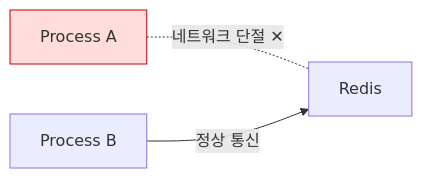
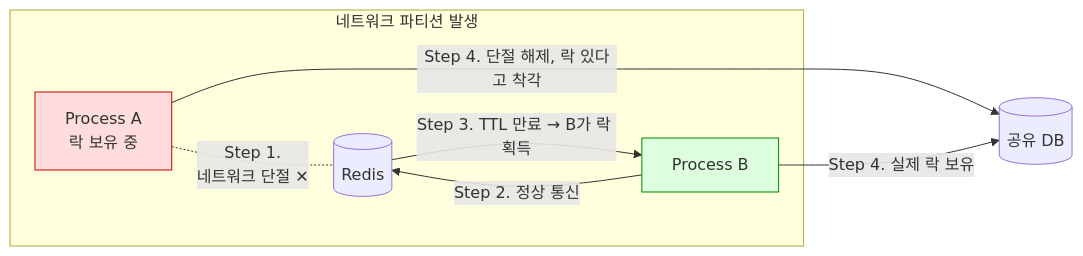
Diagram 12 of 15 in _posts/redis/2026-05-01-redis-distributed-lock.md (yjkim2015/yjkim2015.github.io), drawn with Mermaid before and after one commit. The commit also changed other lines of this file and 63 other files, not shown here.

```diff
--- a/_posts/redis/2026-05-01-redis-distributed-lock.md
+++ b/_posts/redis/2026-05-01-redis-distributed-lock.md
@@ -252,6 +809,12 @@
 <div class="mermaid">
-graph LR
-    A[Process A] -. 네트워크 단절 ✕ .- R[Redis]
-    B[Process B] -->|정상 통신| R
+flowchart LR
+    subgraph "네트워크 파티션 발생"
+        A[Process A\n락 보유 중] -. "Step 1.\n네트워크 단절 ✕" .- R[(Redis)]
+        B[Process B] -->|Step 2. 정상 통신| R
+    end
+    R -->|Step 3. TTL 만료 → B가 락 획득| B
+    A -->|Step 4. 단절 해제, 락 있다고 착각| DB[(공유 DB)]
+    B -->|Step 4. 실제 락 보유| DB
     style A fill:#fdd,stroke:#c00
+    style B fill:#dfd,stroke:#080
 </div>
```
